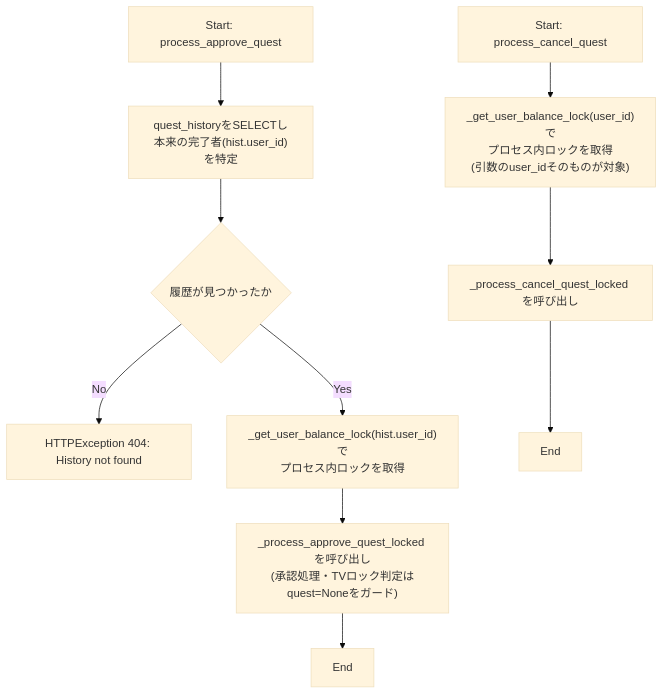
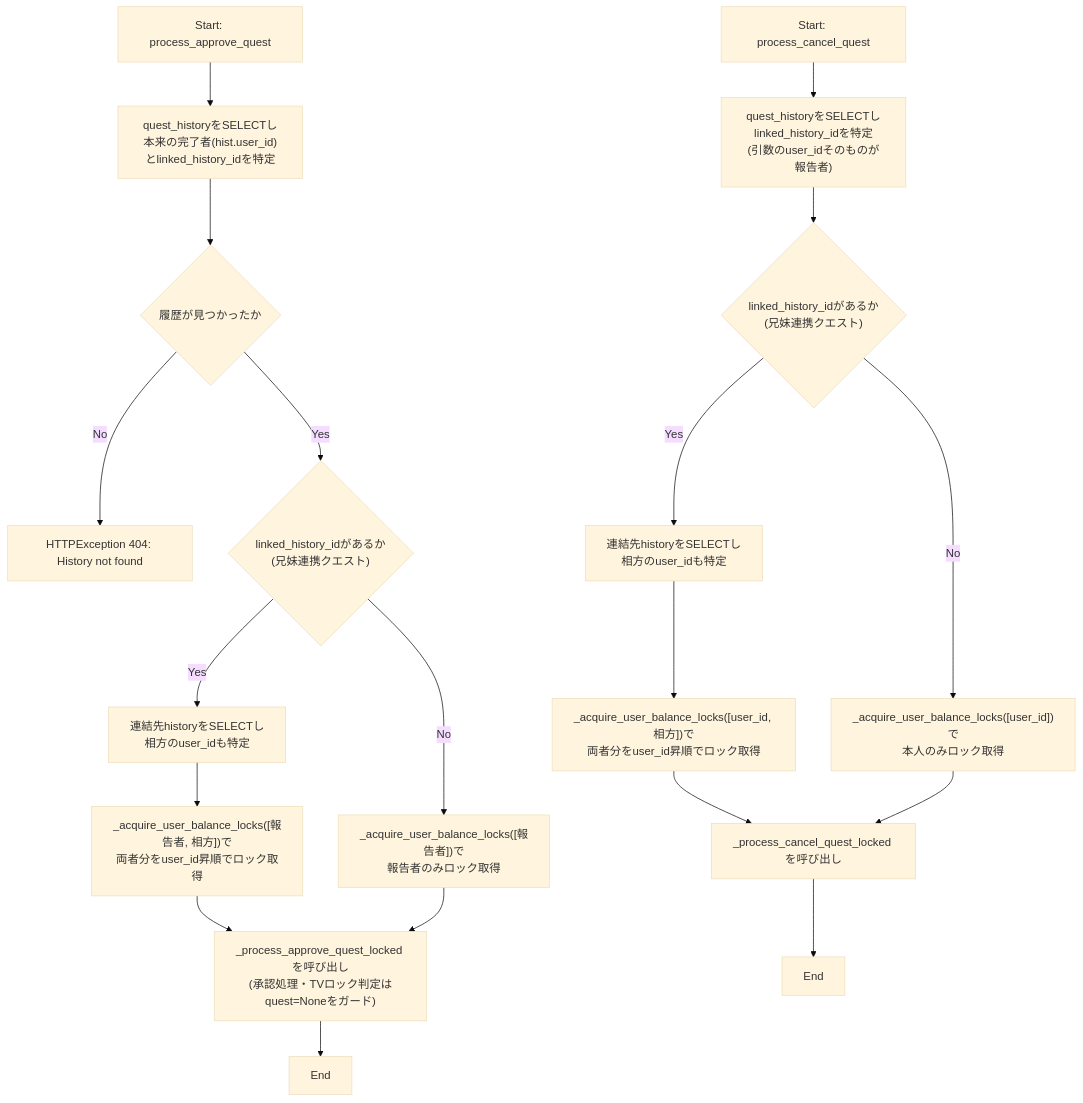
One commit to mmtigers/my_python_project changed the third of 5 diagrams in docs/specifications/MY_HOME_SYSTEM/quest_service.md. Above: the diagram before and after it, drawn with Mermaid (base theme). The commit also changed other lines of this file and 2 other files, not shown here.

First line of the commit message:
fix(quest): 連携クエストの承認/取消カスケードで相方の残高更新がロック外になる不具合を修正 (#98)

````diff
--- a/docs/specifications/MY_HOME_SYSTEM/quest_service.md
+++ b/docs/specifications/MY_HOME_SYSTEM/quest_service.md
@@ -586,13 +600,22 @@
 ```mermaid
 flowchart TD
-    AStart[Start: process_approve_quest] --> APeek["quest_historyをSELECTし<br>本来の完了者(hist.user_id)を特定"]
+    AStart[Start: process_approve_quest] --> APeek["quest_historyをSELECTし<br>本来の完了者(hist.user_id)とlinked_history_idを特定"]
     APeek --> AFound{"履歴が見つかったか"}
     AFound -- No --> AErr404[HTTPException 404: History not found]
-    AFound -- Yes --> AAcquireLock["_get_user_balance_lock(hist.user_id)で<br>プロセス内ロックを取得"]
+    AFound -- Yes --> ALinked{"linked_history_idがあるか<br>(兄妹連携クエスト)"}
+    ALinked -- Yes --> APeekPartner["連結先historyをSELECTし<br>相方のuser_idも特定"]
+    APeekPartner --> AAcquireLock["_acquire_user_balance_locks([報告者, 相方])で<br>両者分をuser_id昇順でロック取得"]
+    ALinked -- No --> AAcquireLock2["_acquire_user_balance_locks([報告者])で<br>報告者のみロック取得"]
     AAcquireLock --> ACallLocked["_process_approve_quest_locked を呼び出し<br>(承認処理・TVロック判定はquest=Noneをガード)"]
+    AAcquireLock2 --> ACallLocked
     ACallLocked --> AEnd[End]
 
-    CStart[Start: process_cancel_quest] --> CAcquireLock["_get_user_balance_lock(user_id)で<br>プロセス内ロックを取得<br>(引数のuser_idそのものが対象)"]
+    CStart[Start: process_cancel_quest] --> CPeek["quest_historyをSELECTし<br>linked_history_idを特定<br>(引数のuser_idそのものが報告者)"]
+    CPeek --> CLinked{"linked_history_idがあるか<br>(兄妹連携クエスト)"}
+    CLinked -- Yes --> CPeekPartner["連結先historyをSELECTし<br>相方のuser_idも特定"]
+    CPeekPartner --> CAcquireLock["_acquire_user_balance_locks([user_id, 相方])で<br>両者分をuser_id昇順でロック取得"]
+    CLinked -- No --> CAcquireLock2["_acquire_user_balance_locks([user_id])で<br>本人のみロック取得"]
     CAcquireLock --> CCallLocked["_process_cancel_quest_locked を呼び出し"]
+    CAcquireLock2 --> CCallLocked
     CCallLocked --> CEnd[End]
 ```
````
